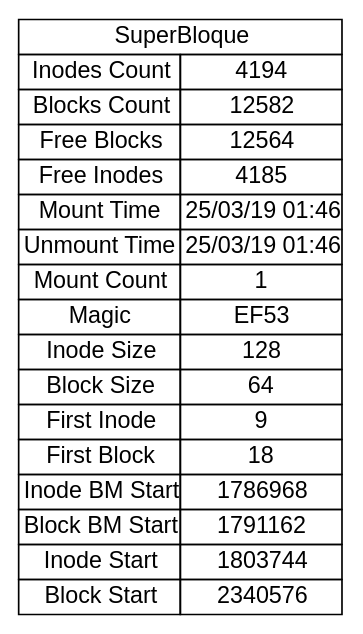
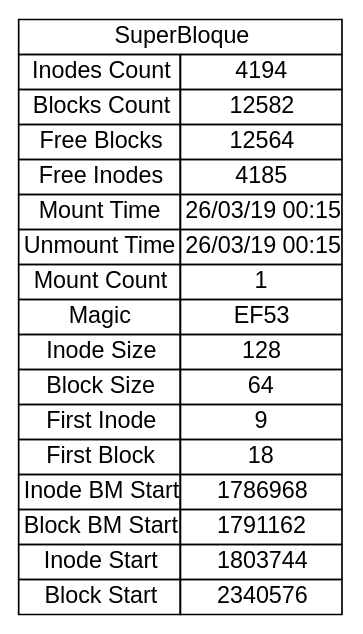
One commit to SebastianSNZ/FailsOwO changed the diagram in build-UltraFileManager-Desktop_Qt_5_5_1_GCC_32bit-Debug/superblock.dot. Above: the diagram before and after it, drawn with Graphviz. The commit also changed 8 other files, not shown here.

```diff
--- a/build-UltraFileManager-Desktop_Qt_5_5_1_GCC_32bit-Debug/superblock.dot
+++ b/build-UltraFileManager-Desktop_Qt_5_5_1_GCC_32bit-Debug/superblock.dot
@@ -1,27 +1,27 @@
 digraph g {
 rankdir = LR;
 graph [fontname = "arial"];
 node [fontname = "arial"];
 edge [fontname = "arial"];
 	blsupinterb [shape=none, margin=0, label =<
 		<table border="0" cellborder="1" cellspacing="0">
 			<tr> <td colspan = "2">SuperBloque</td> </tr>
 			<tr> <td>Inodes Count</td> <td>4194</td> </tr>
 			<tr> <td>Blocks Count</td> <td>12582</td> </tr>
 			<tr> <td>Free Blocks</td> <td>12564</td> </tr>
 			<tr> <td>Free Inodes</td> <td>4185</td> </tr>
-			<tr> <td>Mount Time</td> <td>25/03/19 01:46</td> </tr>
-			<tr> <td>Unmount Time</td> <td>25/03/19 01:46</td> </tr>
+			<tr> <td>Mount Time</td> <td>26/03/19 00:15</td> </tr>
+			<tr> <td>Unmount Time</td> <td>26/03/19 00:15</td> </tr>
 			<tr> <td>Mount Count</td> <td>1</td> </tr>
 			<tr> <td>Magic</td> <td>EF53</td> </tr>
 			<tr> <td>Inode Size</td> <td>128</td> </tr>
 			<tr> <td>Block Size</td> <td>64</td> </tr>
 			<tr> <td>First Inode</td> <td>9</td> </tr>
 			<tr> <td>First Block</td> <td>18</td> </tr>
 			<tr> <td>Inode BM Start</td> <td>1786968</td> </tr>
 			<tr> <td>Block BM Start</td> <td>1791162</td> </tr>
 			<tr> <td>Inode Start</td> <td>1803744</td> </tr>
 			<tr> <td>Block Start</td> <td>2340576</td> </tr>
 	</table> >];
 
 }
```
